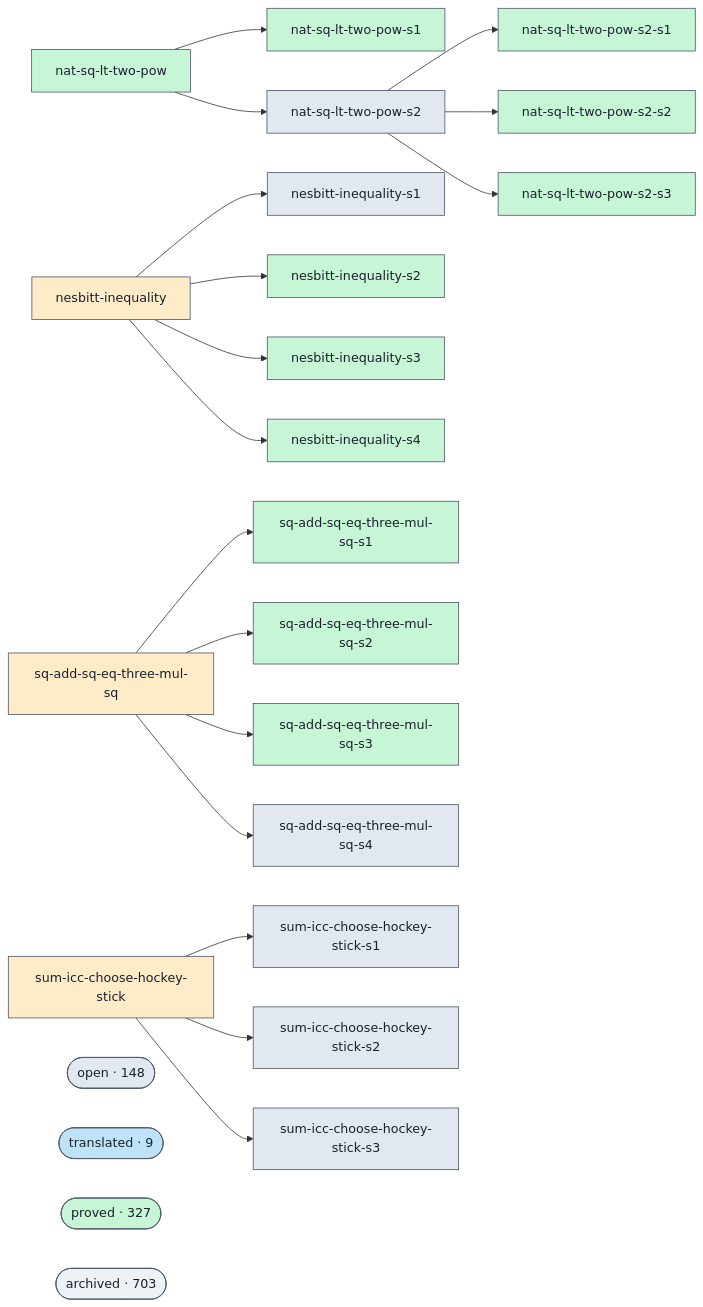
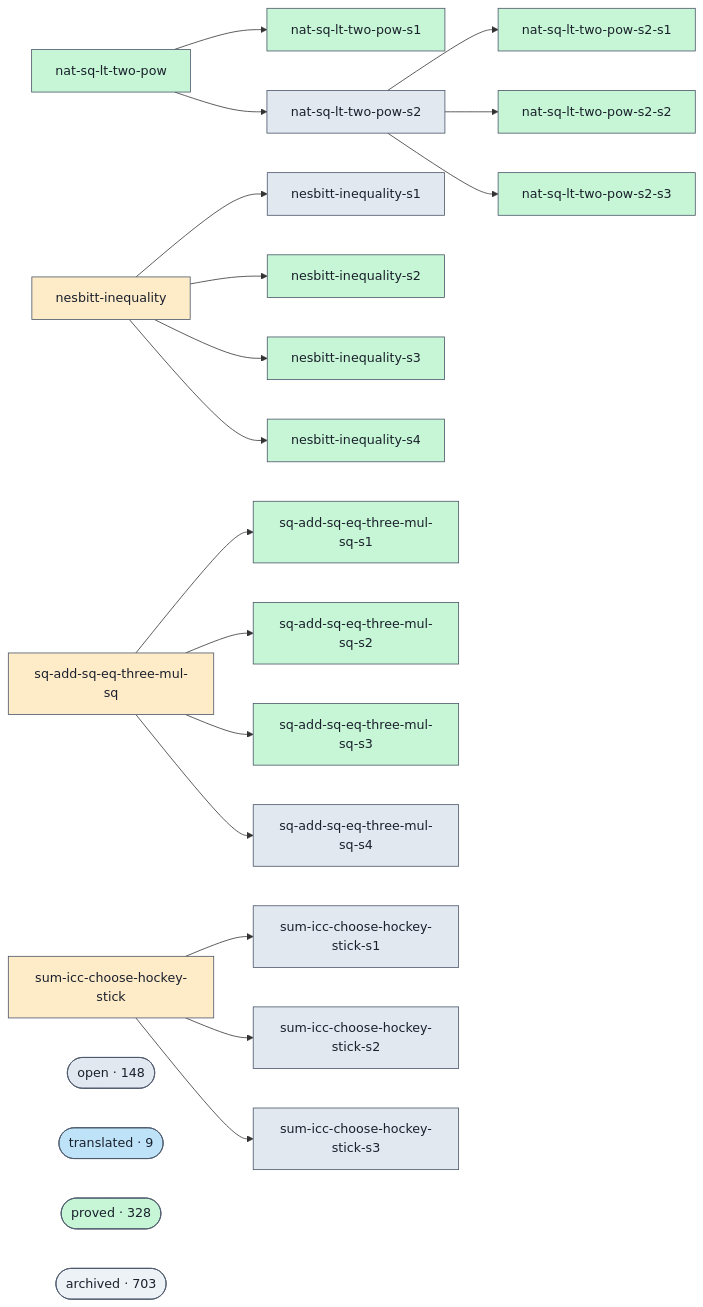
Before and after one commit to ohdearquant/unsorry: the diagram in docs/proofs-contributors-visualisation.md, drawn with Mermaid. The commit also changed other lines of this file and 2 other files, not shown here.

```diff
--- a/docs/proofs-contributors-visualisation.md
+++ b/docs/proofs-contributors-visualisation.md
@@ -102,7 +102,7 @@
   class cluster_open open;
   cluster_translated(["translated · 9"])
   class cluster_translated translated;
-  cluster_proved(["proved · 327"])
+  cluster_proved(["proved · 328"])
   class cluster_proved proved;
   cluster_archived(["archived · 703"])
   class cluster_archived unknown;
```
